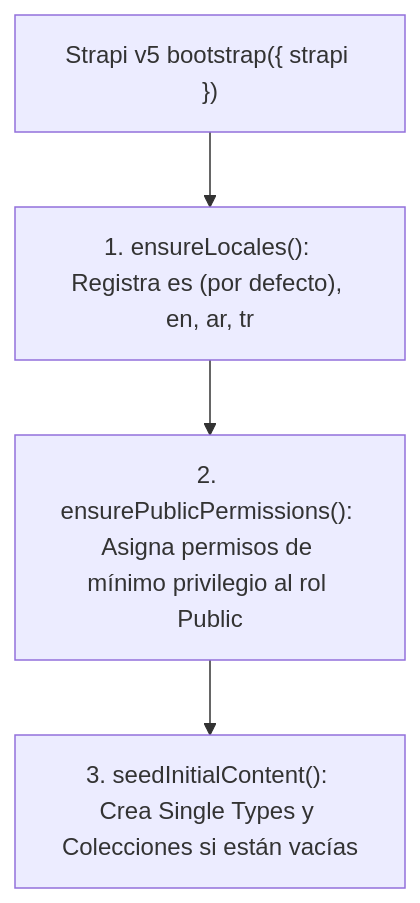
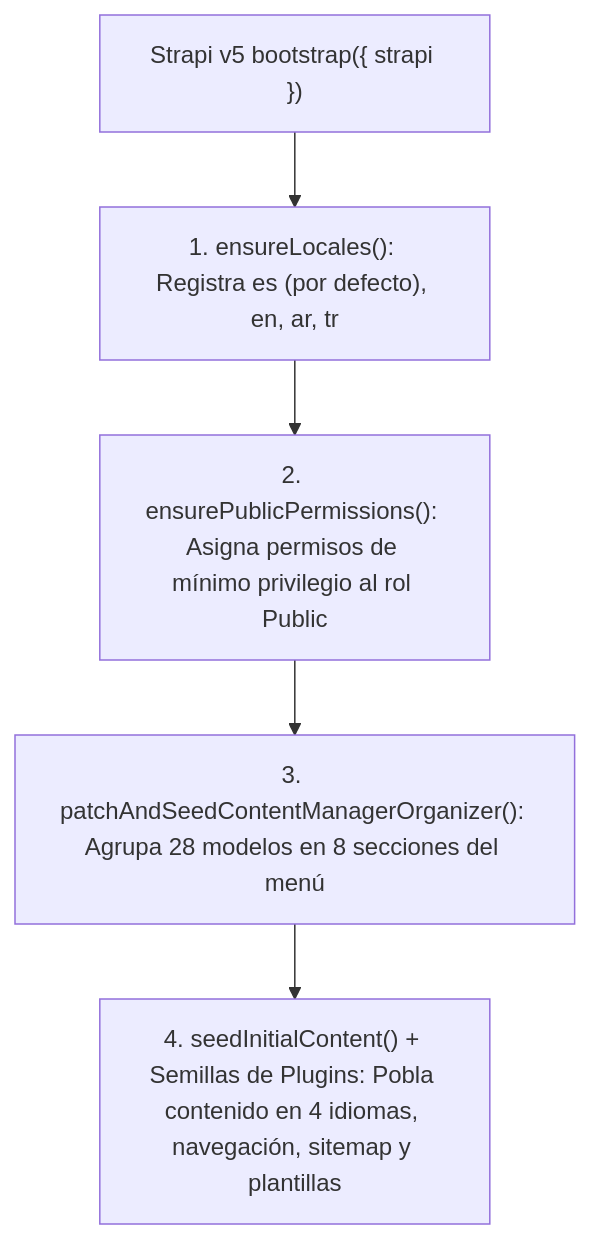
One commit to Vicacha-Devs/central-mosque-bogota changed the diagram in docs/src/content/docs/es/04-backend-and-plugins/bootstrap-and-permissions.md. Above: the diagram before and after it, drawn with Mermaid. The commit also changed other lines of this file and 23 other files, not shown here.

First line of the commit message:
docs: add learning roadmap, refresh backend/architecture guides, fix typedoc build

````diff
--- a/docs/src/content/docs/es/04-backend-and-plugins/bootstrap-and-permissions.md
+++ b/docs/src/content/docs/es/04-backend-and-plugins/bootstrap-and-permissions.md
@@ -10,6 +10,7 @@
 ```mermaid
 flowchart TD
   Boot["Strapi v5 bootstrap({ strapi })"] --> Step1["1. ensureLocales(): Registra es (por defecto), en, ar, tr"]
   Step1 --> Step2["2. ensurePublicPermissions(): Asigna permisos de mínimo privilegio al rol Public"]
-  Step2 --> Step3["3. seedInitialContent(): Crea Single Types y Colecciones si están vacías"]
+  Step2 --> Step3["3. patchAndSeedContentManagerOrganizer(): Agrupa 28 modelos en 8 secciones del menú"]
+  Step3 --> Step4["4. seedInitialContent() + Semillas de Plugins: Pobla contenido en 4 idiomas, navegación, sitemap y plantillas"]
 ```
````
